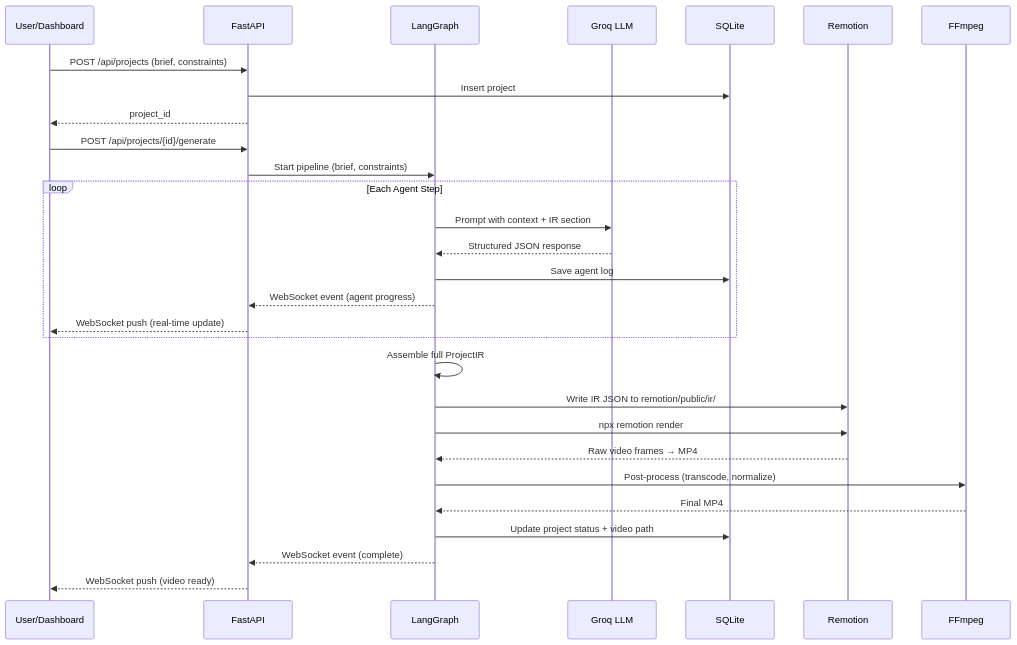
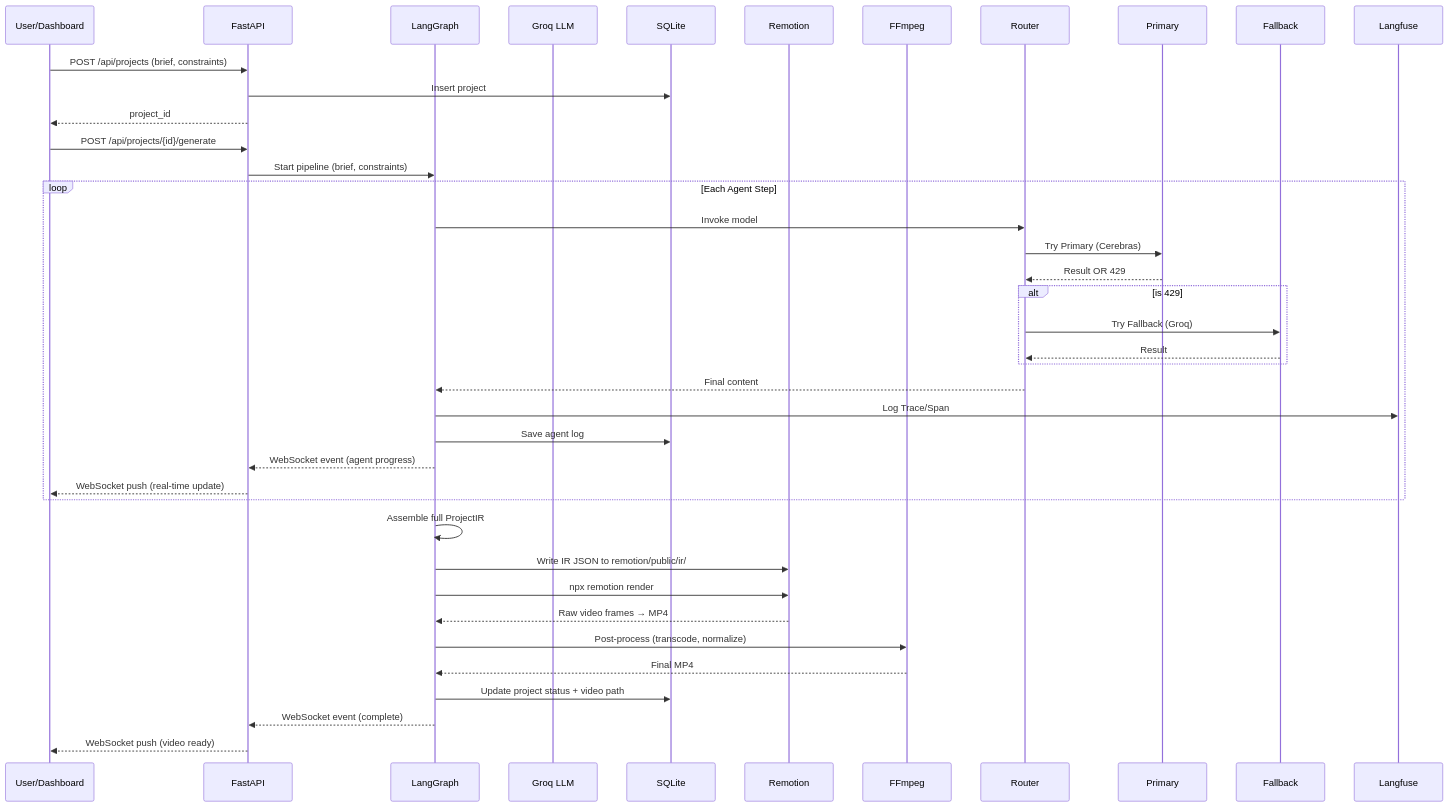
The diagram in docs/ARCHITECTURE.md (VasiHemanth/video_generation), drawn with Mermaid before and after one commit. The commit also changed other lines of this file and 5 other files, not shown here.

Commit message:
docs: update architecture, tech stack, roadmap, and implementation plan for Phase 2

````diff
--- a/docs/ARCHITECTURE.md
+++ b/docs/ARCHITECTURE.md
@@ -88,37 +93,44 @@
 ```mermaid
 sequenceDiagram
     participant U as User/Dashboard
     participant API as FastAPI
     participant LG as LangGraph
     participant LLM as Groq LLM
     participant DB as SQLite
     participant R as Remotion
     participant FF as FFmpeg
 
     U->>API: POST /api/projects (brief, constraints)
     API->>DB: Insert project
     API-->>U: project_id
 
     U->>API: POST /api/projects/{id}/generate
     API->>LG: Start pipeline (brief, constraints)
 
     loop Each Agent Step
-        LG->>LLM: Prompt with context + IR section
-        LLM-->>LG: Structured JSON response
+        LG->>Router: Invoke model
+        Router->>Primary: Try Primary (Cerebras)
+        Primary-->>Router: Result OR 429
+        alt is 429
+            Router->>Fallback: Try Fallback (Groq)
+            Fallback-->>Router: Result
+        end
+        Router-->>LG: Final content
+        LG->>Langfuse: Log Trace/Span
         LG->>DB: Save agent log
         LG-->>API: WebSocket event (agent progress)
         API-->>U: WebSocket push (real-time update)
     end
 
     LG->>LG: Assemble full ProjectIR
     LG->>R: Write IR JSON to remotion/public/ir/
     LG->>R: npx remotion render
     R-->>LG: Raw video frames → MP4
 
     LG->>FF: Post-process (transcode, normalize)
     FF-->>LG: Final MP4
 
     LG->>DB: Update project status + video path
     LG-->>API: WebSocket event (complete)
     API-->>U: WebSocket push (video ready)
 ```
````
